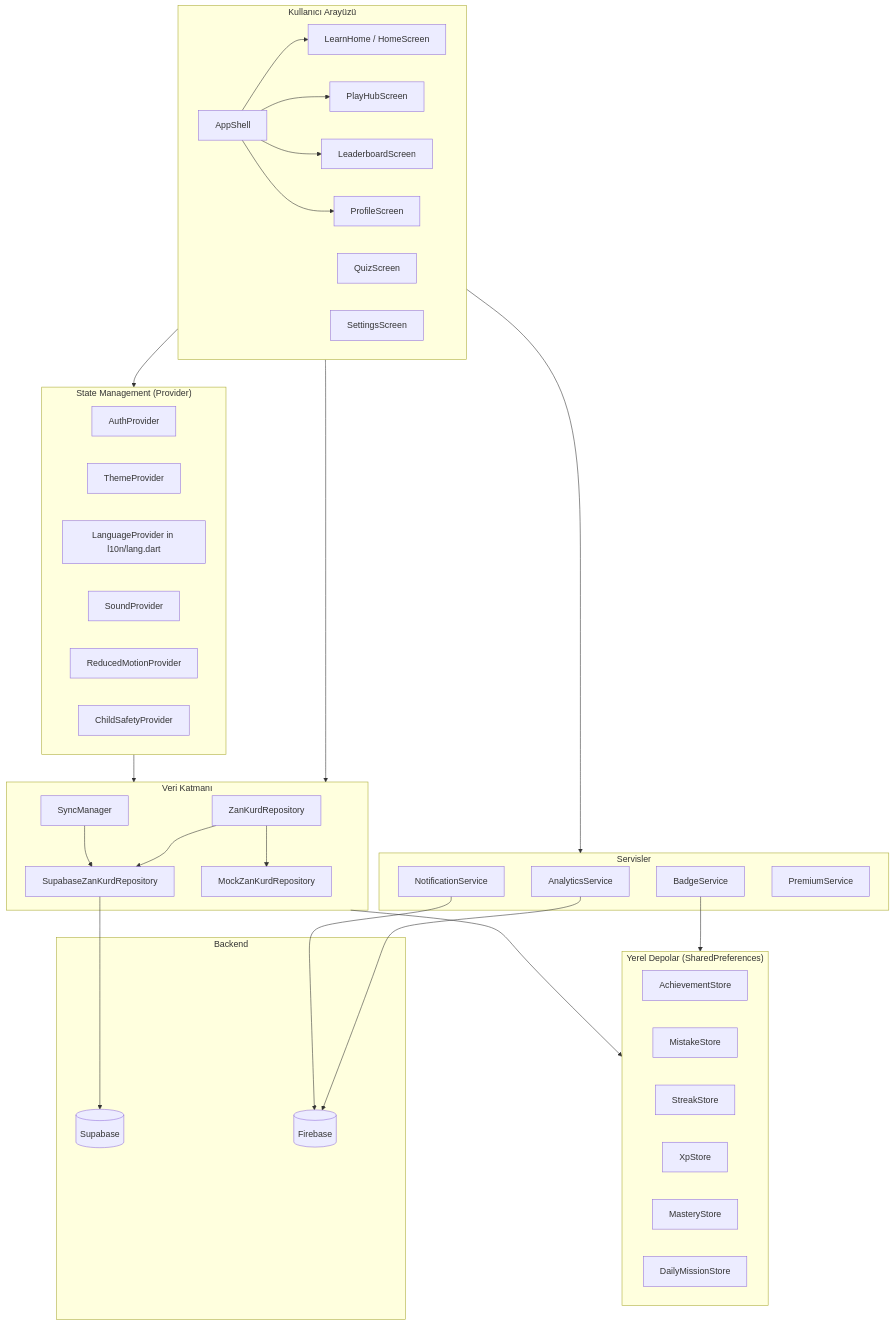
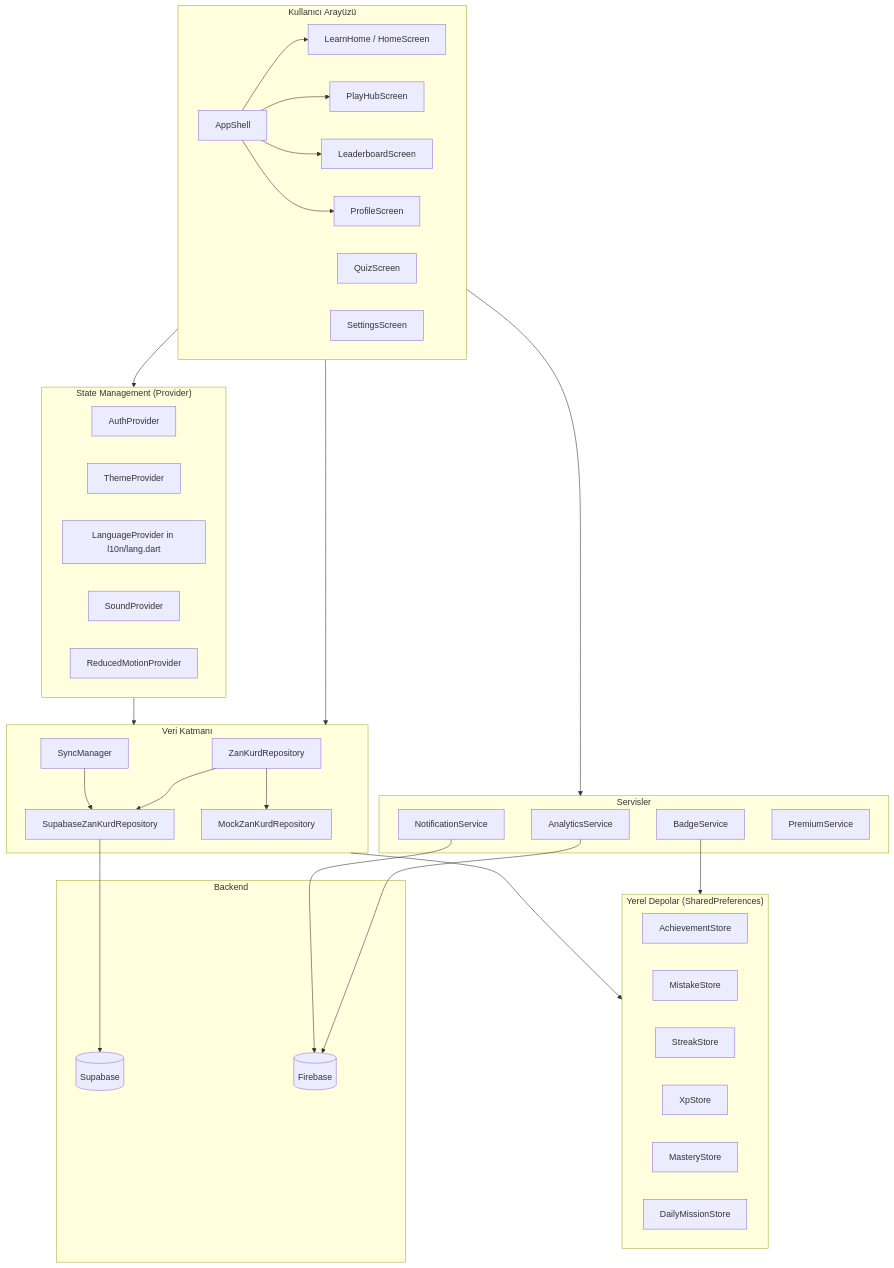
One commit to mordemnisebin/zankurd changed the diagram in zankurd_mobile/ARCHITECTURE.md. Above: the diagram before and after it, drawn with Mermaid. The commit also changed other lines of this file and 7 other files, not shown here.

````diff
--- a/zankurd_mobile/ARCHITECTURE.md
+++ b/zankurd_mobile/ARCHITECTURE.md
@@ -15,69 +15,68 @@
 ```mermaid
 graph TB
     subgraph UI["Kullanıcı Arayüzü"]
         AS[AppShell]
         LH[LearnHome / HomeScreen]
         PH[PlayHubScreen]
         QS[QuizScreen]
         PS[ProfileScreen]
         LS[LeaderboardScreen]
         SS[SettingsScreen]
     end
 
     subgraph Providers["State Management (Provider)"]
         AP[AuthProvider]
         TP[ThemeProvider]
         LP[LanguageProvider in l10n/lang.dart]
         SP[SoundProvider]
         RM[ReducedMotionProvider]
-        CS[ChildSafetyProvider]
     end
 
     subgraph Services["Servisler"]
         ANS[AnalyticsService]
         NS[NotificationService]
         BS[BadgeService]
         PRE[PremiumService]
     end
 
     subgraph Data["Veri Katmanı"]
         REPO[ZanKurdRepository]
         SUPA[SupabaseZanKurdRepository]
         MOCK[MockZanKurdRepository]
         SM[SyncManager]
     end
 
     subgraph Stores["Yerel Depolar (SharedPreferences)"]
         AS2[AchievementStore]
         MS[MistakeStore]
         SS2[StreakStore]
         XS[XpStore]
         MAS[MasteryStore]
         DMS[DailyMissionStore]
     end
 
     subgraph Backend["Backend"]
         SB[(Supabase)]
         FB[(Firebase)]
     end
 
     AS --> LH
     AS --> PH
     AS --> LS
     AS --> PS
     UI --> Providers
     UI --> Data
     UI --> Services
     Providers --> Data
 
     REPO --> SUPA
     REPO --> MOCK
     SUPA --> SB
     SM --> SUPA
 
     ANS --> FB
     BS --> Stores
     NS --> FB
 
     Data --> Stores
 ```
````
